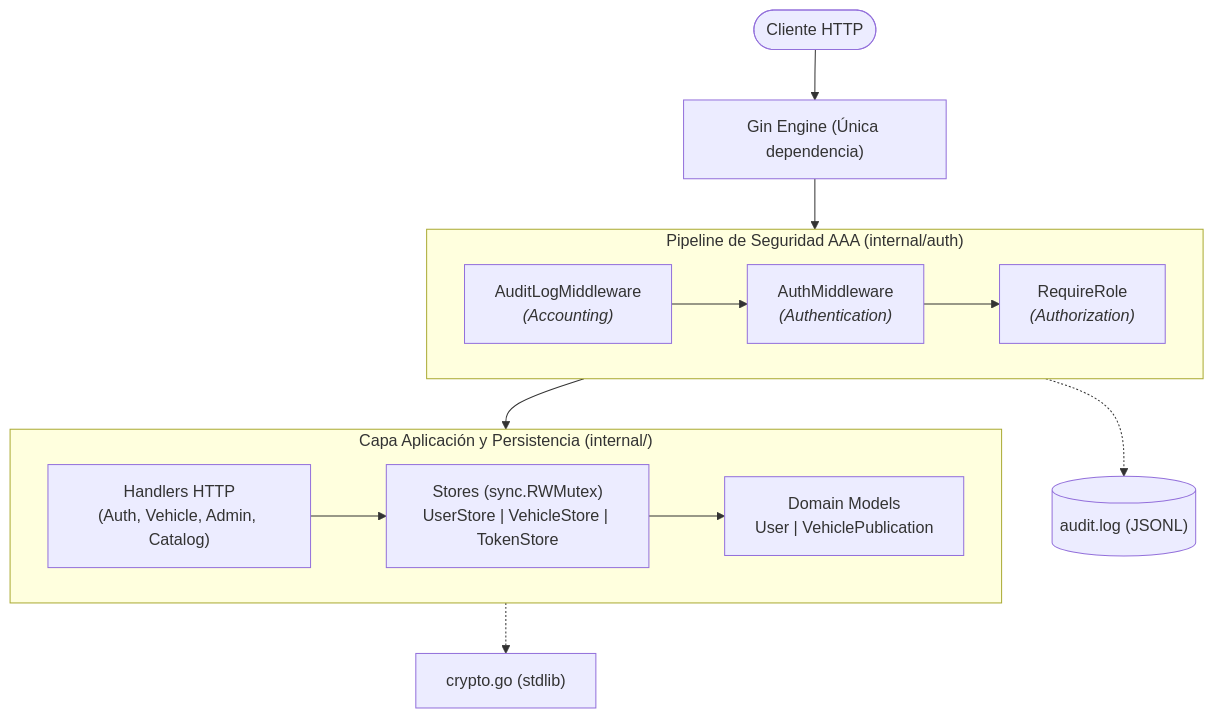
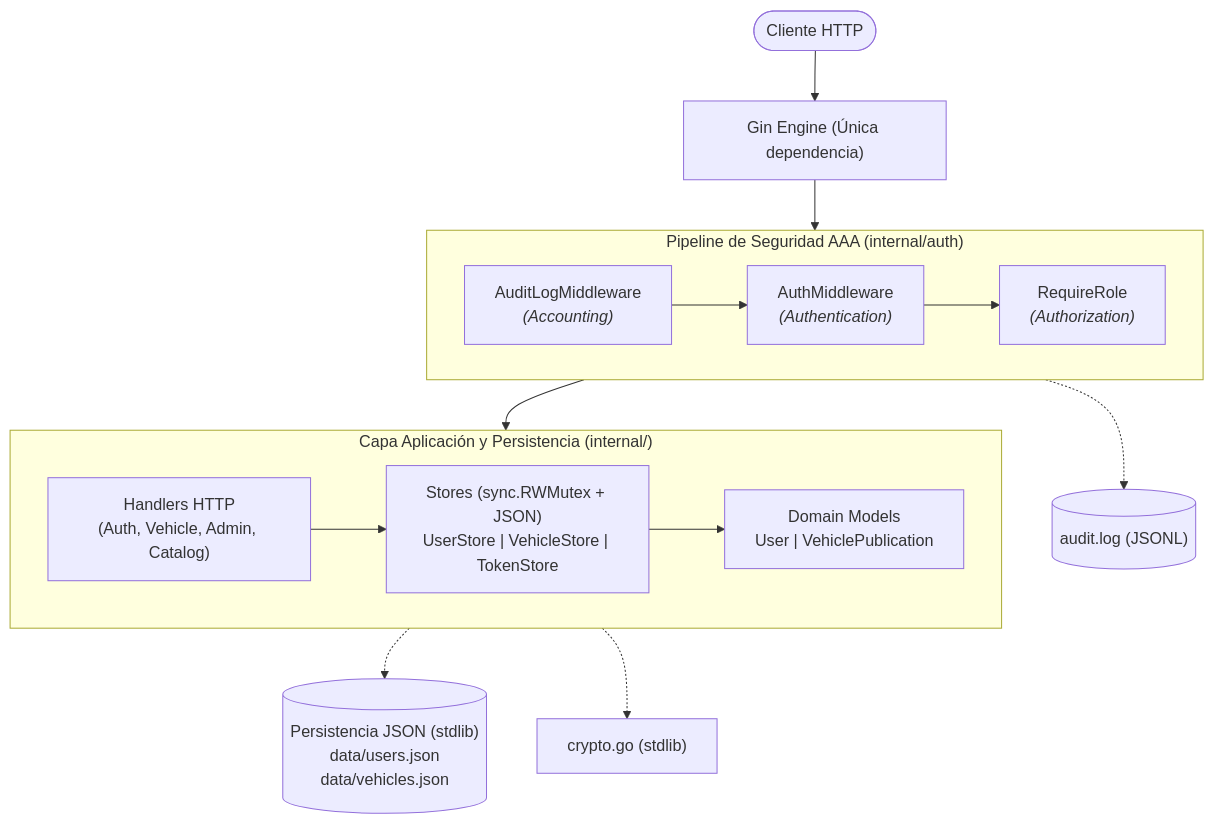
One commit to Nomka0/AutoMarket changed the first of 2 diagrams in docs/DIAGRAMAS_ARQUITECTURA.md. Above: the diagram before and after it, drawn with Mermaid. The commit also changed other lines of this file and 1 other file, not shown here.

Commit message:
docs: reflejar persistencia JSON en Diagrama A y Diagrama B

````diff
--- a/docs/DIAGRAMAS_ARQUITECTURA.md
+++ b/docs/DIAGRAMAS_ARQUITECTURA.md
@@ -11,22 +11,23 @@
 ```mermaid
 flowchart TD
     Client(["Cliente HTTP"]) --> Gin["Gin Engine (Única dependencia)"]
 
     subgraph Pipeline["Pipeline de Seguridad AAA (internal/auth)"]
         direction LR
         Audit["AuditLogMiddleware<br/><i>(Accounting)</i>"] --> Auth["AuthMiddleware<br/><i>(Authentication)</i>"] --> RBAC["RequireRole<br/><i>(Authorization)</i>"]
     end
 
     subgraph Core["Capa Aplicación y Persistencia (internal/)"]
         direction LR
         H["Handlers HTTP<br/>(Auth, Vehicle, Admin, Catalog)"]
-        S["Stores (sync.RWMutex)<br/>UserStore | VehicleStore | TokenStore"]
+        S["Stores (sync.RWMutex + JSON)<br/>UserStore | VehicleStore | TokenStore"]
         D["Domain Models<br/>User | VehiclePublication"]
         H --> S --> D
     end
 
     Gin --> Audit
     RBAC --> H
     Audit -.-> Log[("audit.log (JSONL)")]
+    S -.-> Files[("Persistencia JSON (stdlib)<br/>data/users.json<br/>data/vehicles.json")]
     H -.-> Crypto["crypto.go (stdlib)"]
 ```
````
